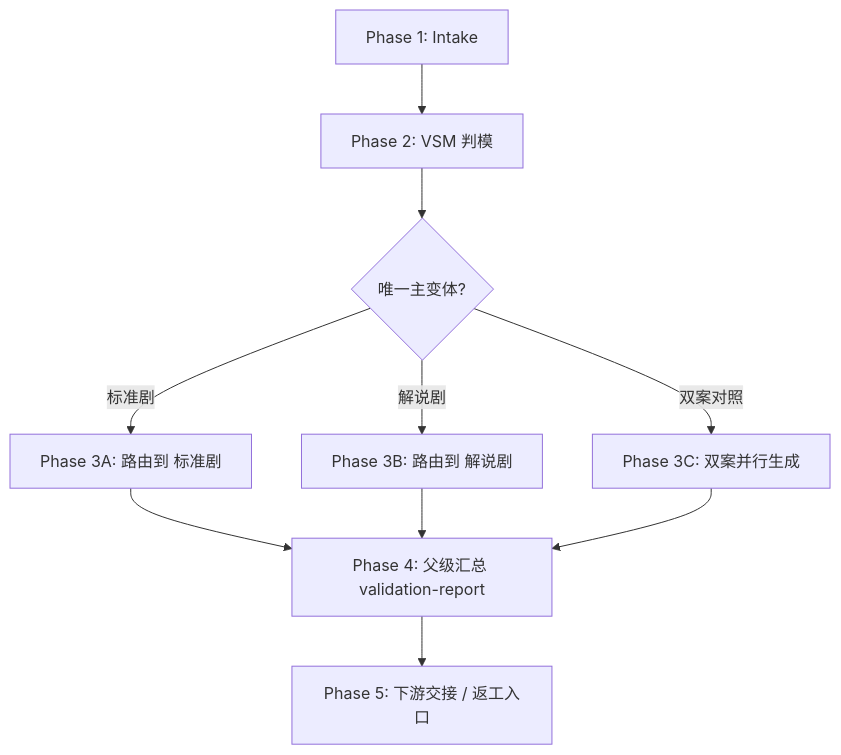
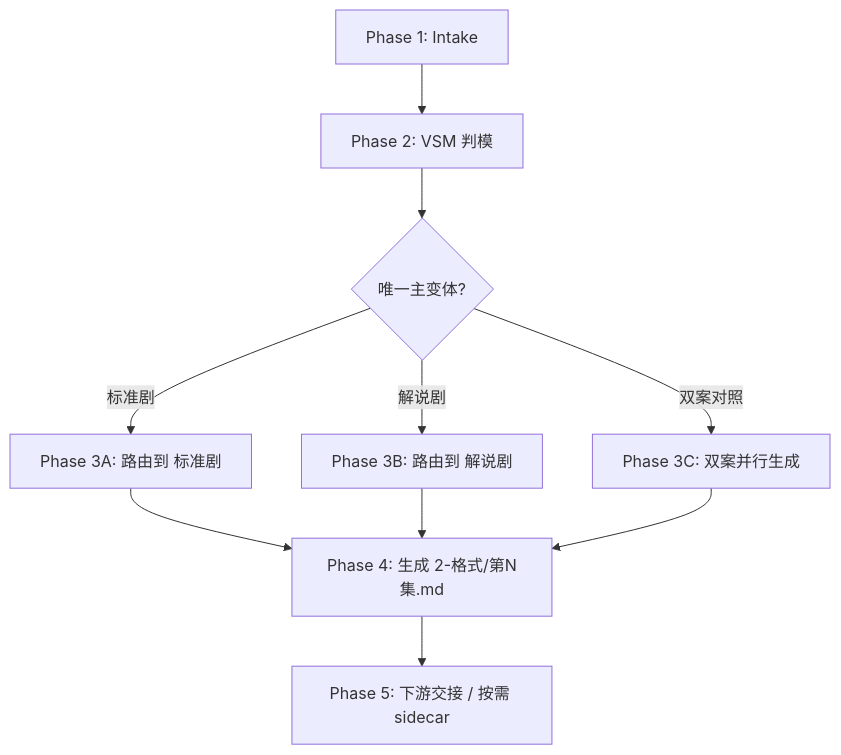
One commit to ZEN-VOID/AI-CUT changed the diagram in .agents/skills/aigc/1-规划/subtypes/2-格式/references/execution-flow.md. Above: the diagram before and after it, drawn with Mermaid. The commit also changed other lines of this file and 54 other files, not shown here.

````diff
--- a/.agents/skills/aigc/1-规划/subtypes/2-格式/references/execution-flow.md
+++ b/.agents/skills/aigc/1-规划/subtypes/2-格式/references/execution-flow.md
@@ -7,12 +7,12 @@
 ```mermaid
 flowchart TD
     P1["Phase 1: Intake"] --> P2["Phase 2: VSM 判模"]
     P2 --> P3{"唯一主变体?"}
     P3 -->|"标准剧"| P4["Phase 3A: 路由到 标准剧"]
     P3 -->|"解说剧"| P5["Phase 3B: 路由到 解说剧"]
     P3 -->|"双案对照"| P6["Phase 3C: 双案并行生成"]
-    P4 --> P7["Phase 4: 父级汇总 validation-report"]
+    P4 --> P7["Phase 4: 生成 2-格式/第N集.md"]
     P5 --> P7
     P6 --> P7
-    P7 --> P8["Phase 5: 下游交接 / 返工入口"]
+    P7 --> P8["Phase 5: 下游交接 / 按需 sidecar"]
 ```
````
